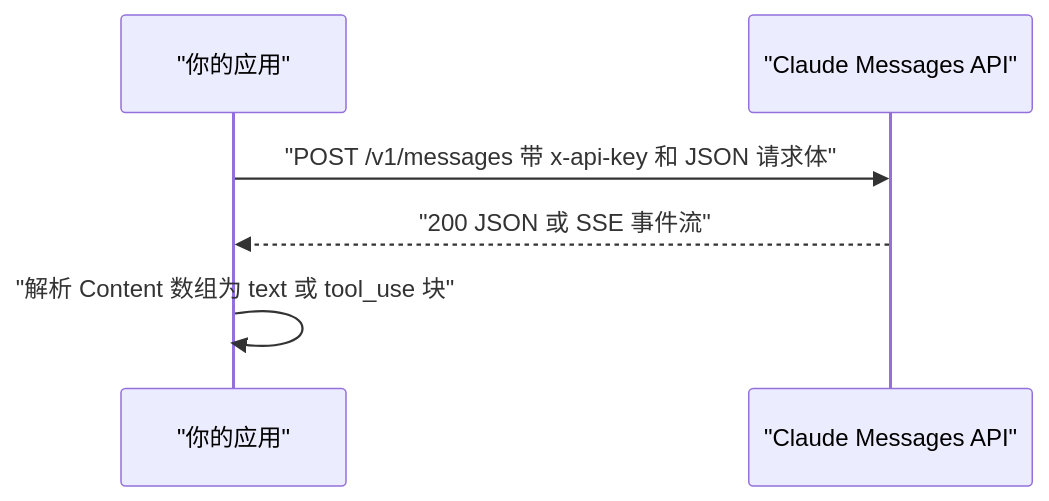
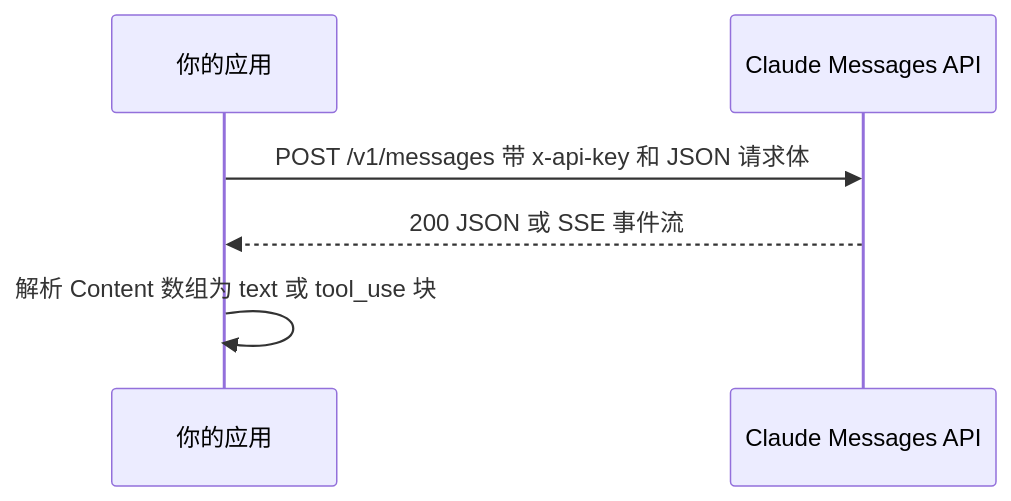
One commit to Shyu-x/frontend-interview changed the second of 8 diagrams in docs/minicode/day1-claude-sdk-from-scratch.md. Above: the diagram before and after it, drawn with Mermaid. The commit also changed other lines of this file and 23 other files, not shown here.

First line of the commit message:
fix(docs): 修复 28 张无法渲染的 Mermaid 图，新增真实解析器校验与 PDF 下载页

````diff
--- a/docs/minicode/day1-claude-sdk-from-scratch.md
+++ b/docs/minicode/day1-claude-sdk-from-scratch.md
@@ -51,8 +51,8 @@
 ```mermaid
 sequenceDiagram
-  participant U as "你的应用"
-  participant S as "Claude Messages API"
-  U->>S: "POST /v1/messages 带 x-api-key 和 JSON 请求体"
-  S-->>U: "200 JSON 或 SSE 事件流"
-  U->>U: "解析 Content 数组为 text 或 tool_use 块"
+  participant U as 你的应用
+  participant S as Claude Messages API
+  U->>S: POST /v1/messages 带 x-api-key 和 JSON 请求体
+  S-->>U: 200 JSON 或 SSE 事件流
+  U->>U: 解析 Content 数组为 text 或 tool_use 块
 ```
````
